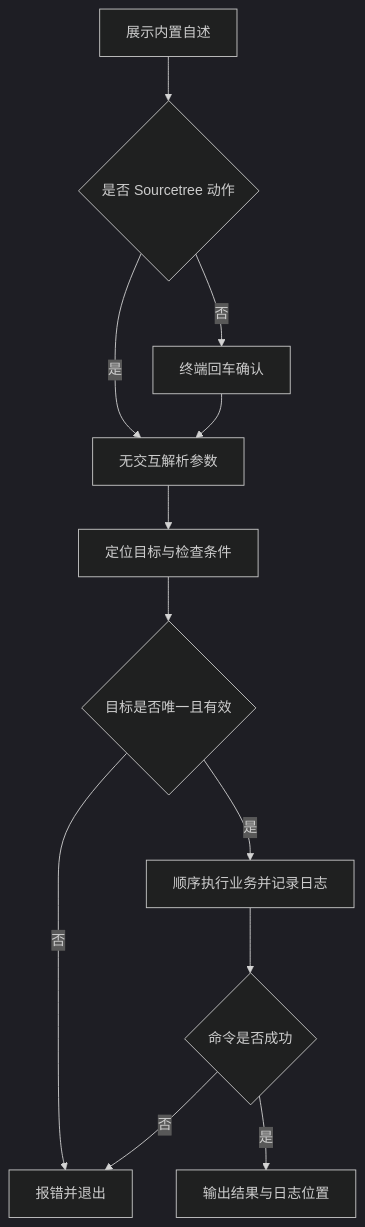
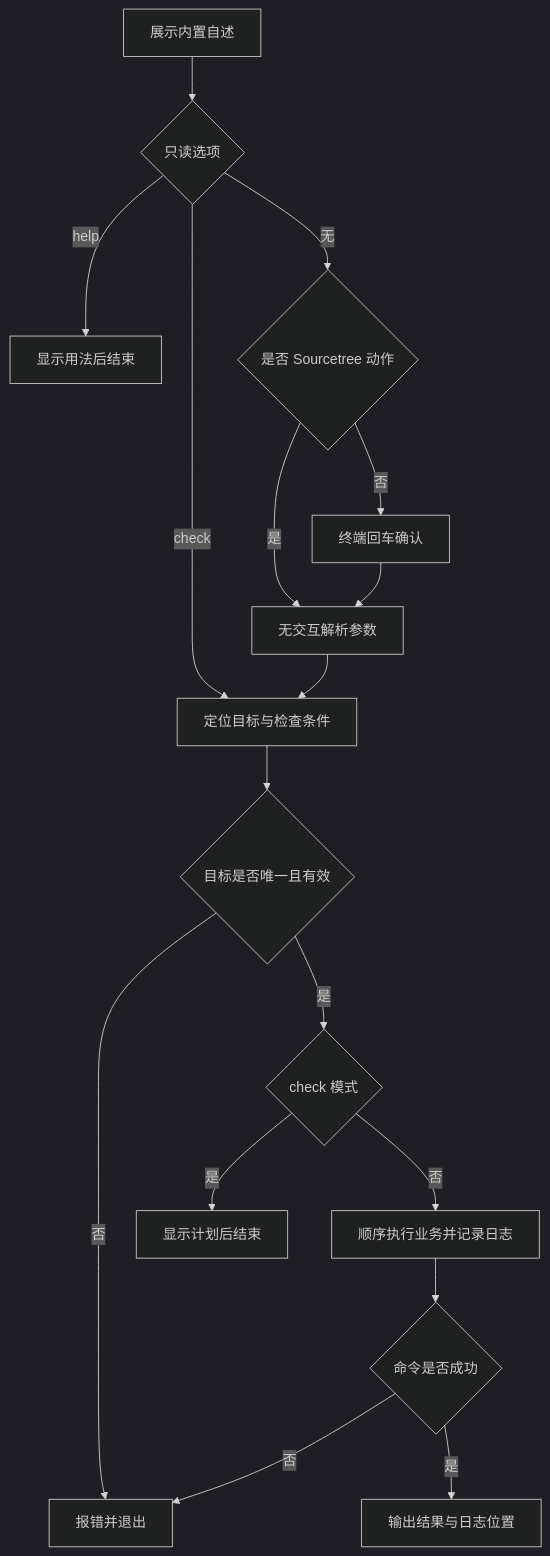
One commit to JobsKits/SourceTree.sh changed the diagram in 【MacOS@SourceTree】🐦Flutter自动化生产代码.command/README.md. Above: the diagram before and after it, drawn with Mermaid (dark theme). The commit also changed other lines of this file and 11 other files, not shown here.

````diff
--- a/【MacOS@SourceTree】🐦Flutter自动化生产代码.command/README.md
+++ b/【MacOS@SourceTree】🐦Flutter自动化生产代码.command/README.md
@@ -80,14 +103,19 @@
 ```mermaid
 flowchart TD
-    A[展示内置自述] --> B{是否 Sourcetree 动作}
+    A[展示内置自述] --> R{只读选项}
+    R -->|help| U[显示用法后结束]
+    R -->|check| E[定位目标与检查条件]
+    R -->|无| B{是否 Sourcetree 动作}
     B -->|是| C[无交互解析参数]
     B -->|否| D[终端回车确认]
     D --> C
-    C --> E[定位目标与检查条件]
+    C --> E
     E --> F{目标是否唯一且有效}
     F -->|否| G[报错并退出]
-    F -->|是| H[顺序执行业务并记录日志]
+    F -->|是| Q{check 模式}
+    Q -->|是| P[显示计划后结束]
+    Q -->|否| H[顺序执行业务并记录日志]
     H --> I{命令是否成功}
     I -->|否| G
     I -->|是| J[输出结果与日志位置]
 ```
````
